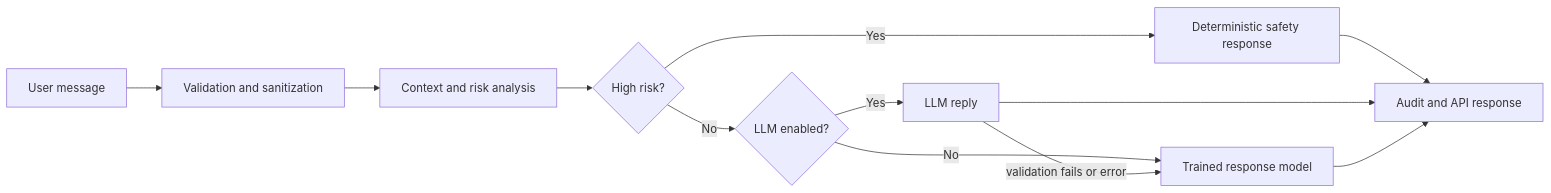
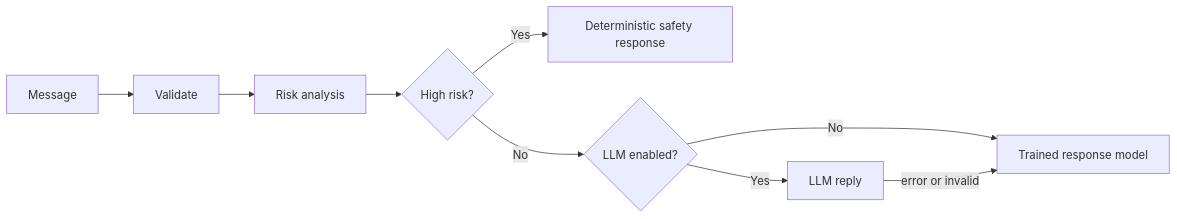
One commit to AnshPratap2314/AnshPratap2314 changed the first of 2 diagrams in README.md. Above: the diagram before and after it, drawn with Mermaid. The commit also changed other lines of this file, not shown here.

````diff
--- a/README.md
+++ b/README.md
@@ -87,14 +54,11 @@
 ```mermaid
 flowchart LR
-    A[User message] --> B[Validation and sanitization]
-    B --> C[Context and risk analysis]
+    A[Message] --> B[Validate]
+    B --> C[Risk analysis]
     C --> D{High risk?}
     D -- Yes --> E[Deterministic safety response]
     D -- No --> F{LLM enabled?}
     F -- Yes --> G[LLM reply]
     F -- No --> H[Trained response model]
-    G -- validation fails or error --> H
-    E --> I[Audit and API response]
-    G --> I
-    H --> I
+    G -- error or invalid --> H
 ```
````
